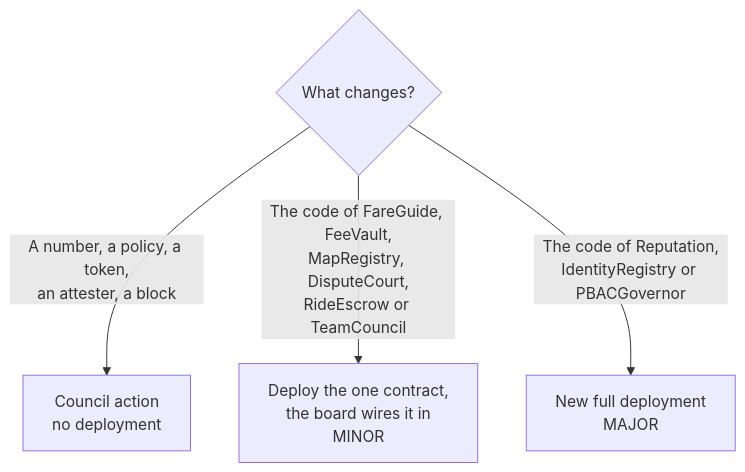
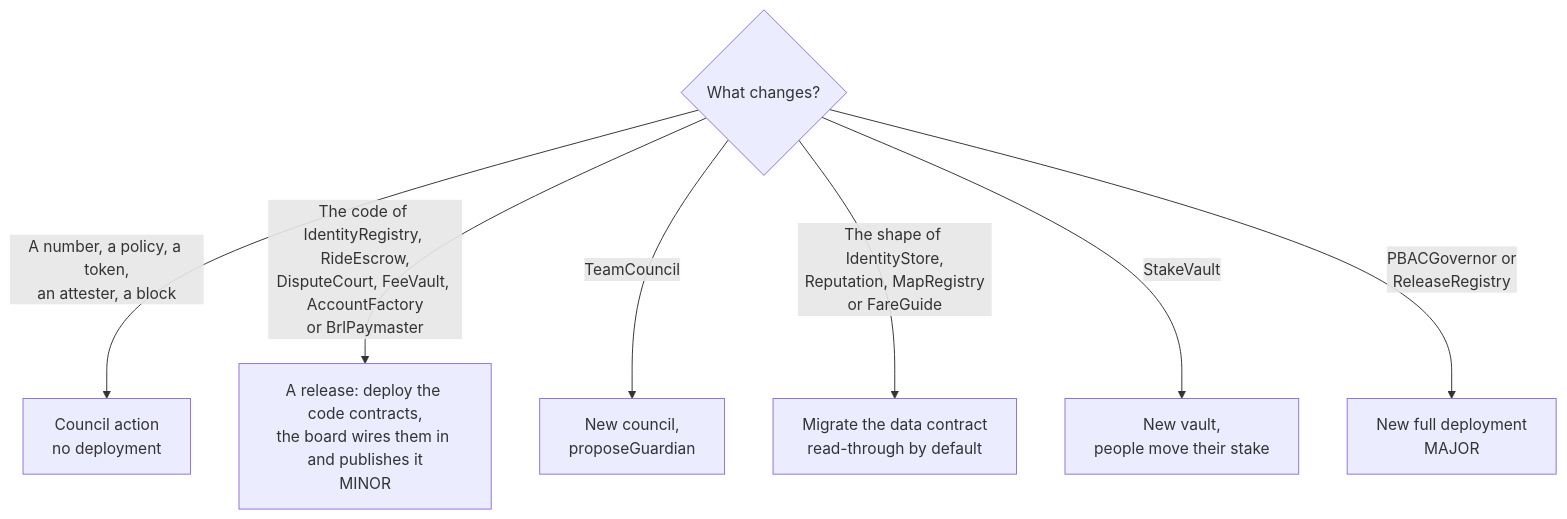
The second of 2 diagrams in contracts/docs/deployment.md (MuriloSchaefer/klippelgo), drawn with Mermaid before and after one commit. The commit also changed other lines of this file and 66 other files, not shown here.

Commit message:
chore: new release flow

````diff
--- a/contracts/docs/deployment.md
+++ b/contracts/docs/deployment.md
@@ -249,7 +271,10 @@
 ```mermaid
 flowchart TD
     q{What changes?}
     q -- "A number, a policy, a token,<br/>an attester, a block" --> p[Council action<br/>no deployment]
-    q -- "The code of FareGuide, FeeVault,<br/>MapRegistry, DisputeCourt,<br/>RideEscrow or TeamCouncil" --> m[Deploy the one contract,<br/>the board wires it in<br/>MINOR]
-    q -- "The code of Reputation,<br/>IdentityRegistry or PBACGovernor" --> v[New full deployment<br/>MAJOR]
+    q -- "The code of IdentityRegistry, RideEscrow,<br/>DisputeCourt, FeeVault, AccountFactory<br/>or BrlPaymaster" --> m[A release: deploy the code contracts,<br/>the board wires them in and publishes it<br/>MINOR]
+    q -- "TeamCouncil" --> c[New council,<br/>proposeGuardian]
+    q -- "The shape of IdentityStore,<br/>Reputation, MapRegistry<br/>or FareGuide" --> d[Migrate the data contract<br/>read-through by default]
+    q -- "StakeVault" --> s[New vault,<br/>people move their stake]
+    q -- "PBACGovernor or<br/>ReleaseRegistry" --> v[New full deployment<br/>MAJOR]
 ```
````
